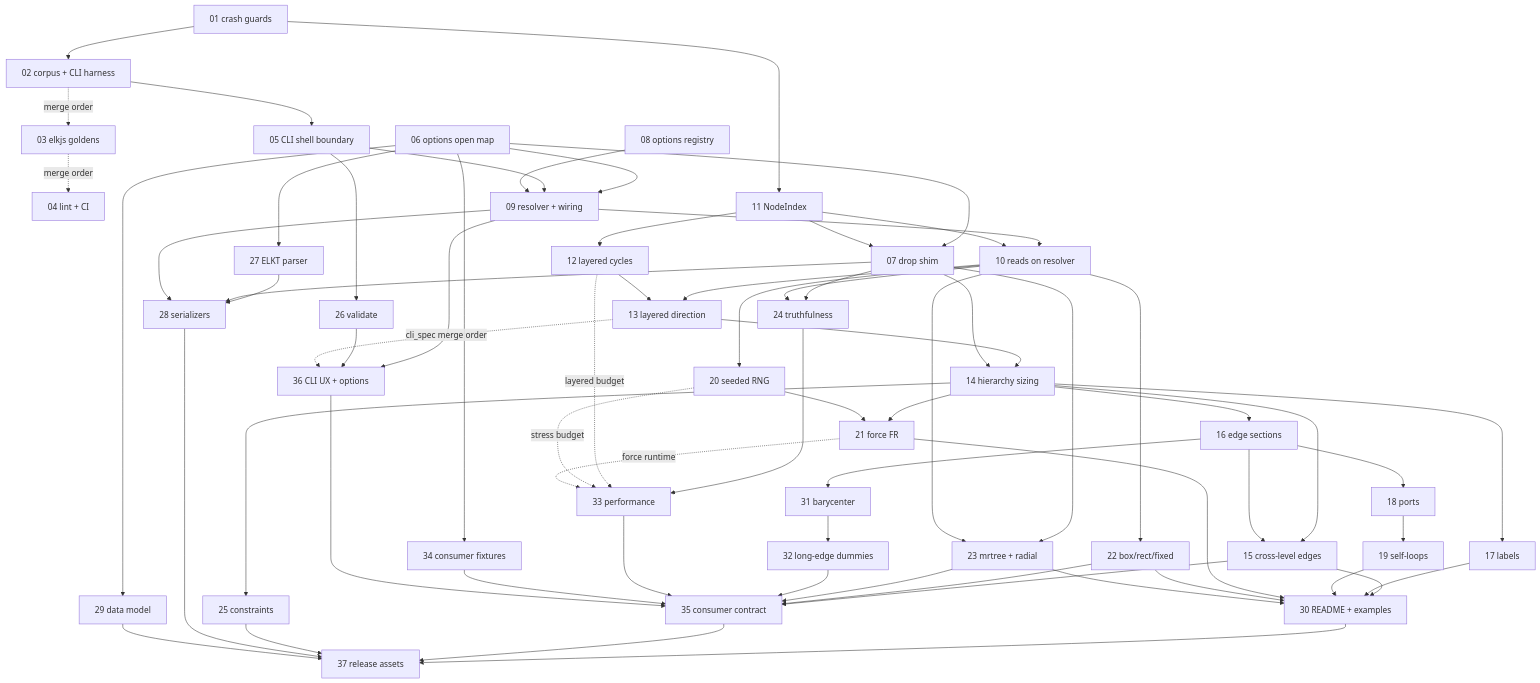
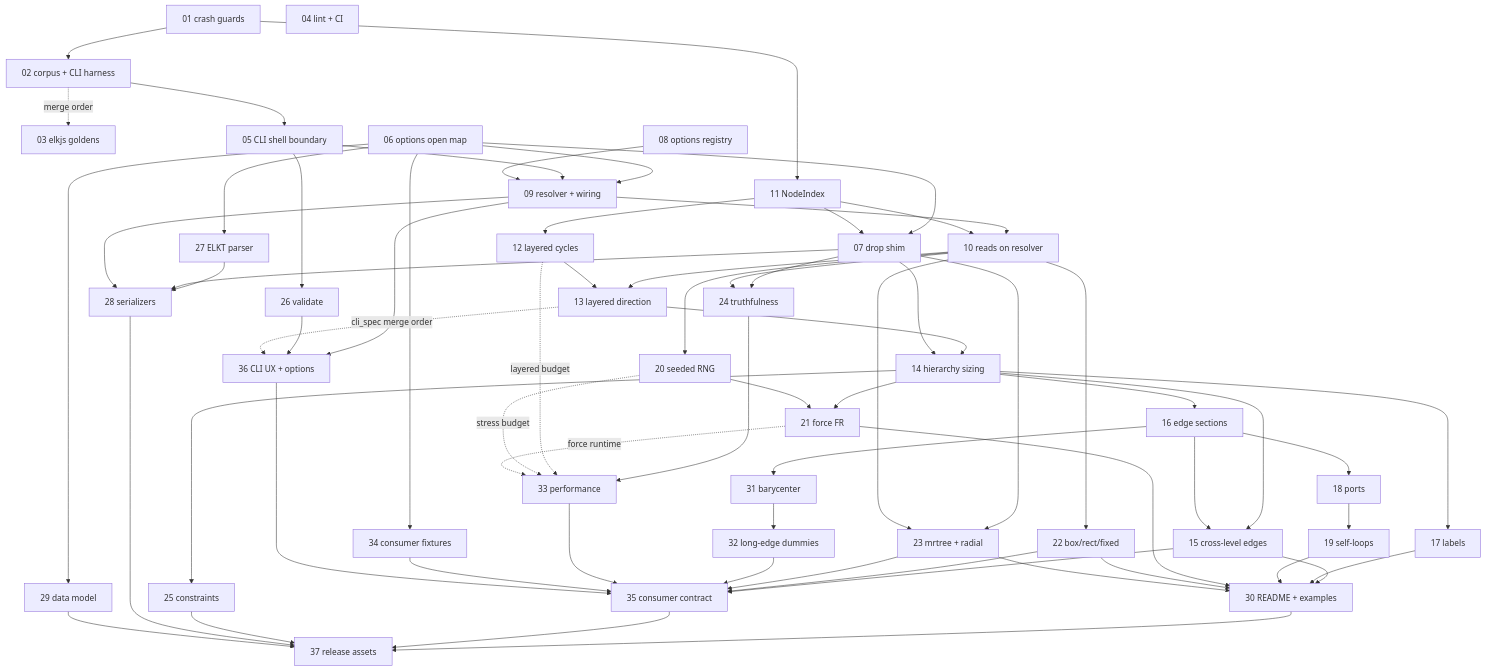
Before and after one commit to claricle/elkrb: the first of 2 diagrams in TODO.remediation/00-overview.md, drawn with Mermaid. The commit also changed other lines of this file and 2 other files, not shown here.

Commit message:
Retire the spent close order and measure the merges

````diff
--- a/TODO.remediation/00-overview.md
+++ b/TODO.remediation/00-overview.md
@@ -45,69 +45,69 @@
 ```mermaid
 flowchart TD
     I01[01 crash guards] --> I02[02 corpus + CLI harness]
     I02 -.merge order.-> I03[03 elkjs goldens]
-    I03 -.merge order.-> I04[04 lint + CI]
+    I04[04 lint + CI]
     I02 --> I05[05 CLI shell boundary]
     I01 --> I11[11 NodeIndex]
     I06[06 options open map] --> I07[07 drop shim]
     I11 --> I07
     I06 --> I09[09 resolver + wiring]
     I05 --> I09
     I08[08 options registry] --> I09
     I09 --> I10[10 reads on resolver]
     I11 --> I10
     I11 --> I12[12 layered cycles]
     I10 --> I13[13 layered direction]
     I12 --> I13
     I13 --> I14[14 hierarchy sizing]
     I07 --> I14
     I14 --> I16[16 edge sections]
     I14 --> I15[15 cross-level edges]
     I16 --> I15
     I14 --> I17[17 labels]
     I16 --> I18[18 ports]
     I18 --> I19[19 self-loops]
     I10 --> I20[20 seeded RNG]
     I14 --> I21[21 force FR]
     I20 --> I21
     I10 --> I22[22 box/rect/fixed]
     I07 --> I23[23 mrtree + radial]
     I10 --> I23
     I07 --> I24[24 truthfulness]
     I10 --> I24
     I14 --> I25[25 constraints]
     I05 --> I26[26 validate]
     I06 --> I27[27 ELKT parser]
     I27 --> I28[28 serializers]
     I07 --> I28
     I09 --> I28
     I06 --> I29[29 data model]
     I06 --> I34[34 consumer fixtures]
     I16 --> I31[31 barycenter]
     I31 --> I32[32 long-edge dummies]
     I24 --> I33[33 performance]
     I09 --> I36[36 CLI UX + options]
     I26 --> I36
     I15 --> I30[30 README + examples]
     I17 --> I30
     I19 --> I30
     I21 --> I30
     I22 --> I30
     I23 --> I30
     I15 --> I35[35 consumer contract]
     I22 --> I35
     I23 --> I35
     I32 --> I35
     I33 --> I35
     I34 --> I35
     I36 --> I35
     I30 --> I37[37 release assets]
     I35 --> I37
     I25 --> I37
     I28 --> I37
     I29 --> I37
     I12 -.layered budget.-> I33
     I20 -.stress budget.-> I33
     I21 -.force runtime.-> I33
     I13 -.cli_spec merge order.-> I36
 ```
````
